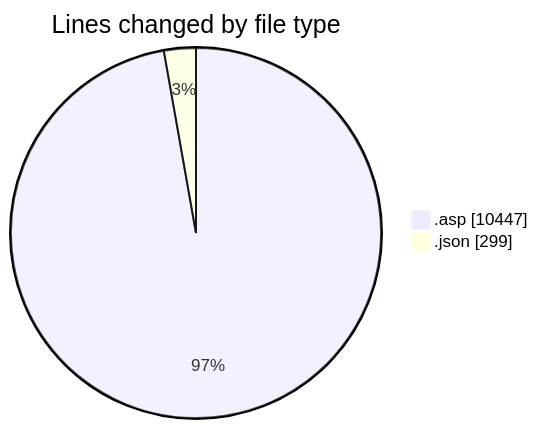
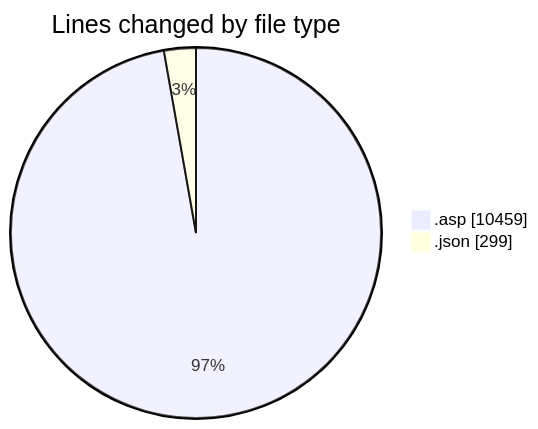
Before and after one commit to julien-gomy/code-tracking: the first of 2 diagrams in 2025-11-15/usr_aleoudev_fr__workspace_/README.md, drawn with Mermaid. The commit also changed other lines of this file and 1 other file, not shown here.

````diff
--- a/2025-11-15/usr_aleoudev_fr__workspace_/README.md
+++ b/2025-11-15/usr_aleoudev_fr__workspace_/README.md
@@ -28,6 +28,6 @@
 ```mermaid
 pie showData
 title Lines changed by file type
-".asp" : 10447
+".asp" : 10459
 ".json" : 299
 ```
````
